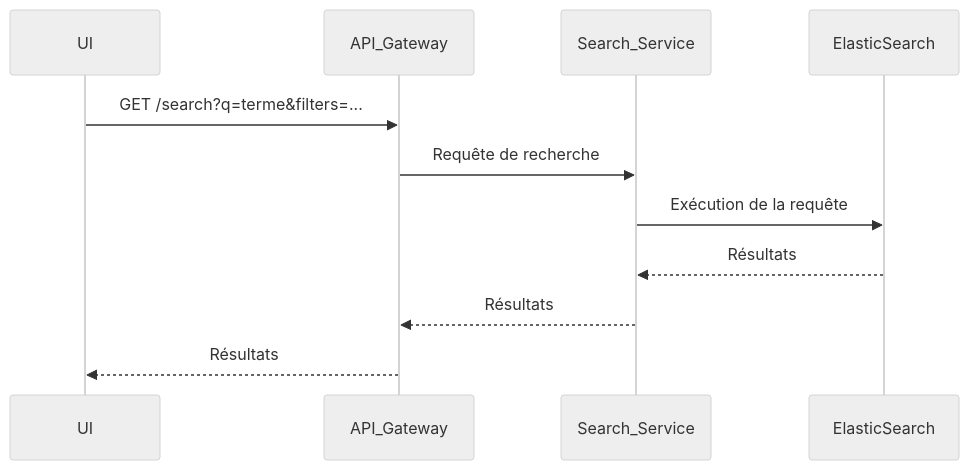
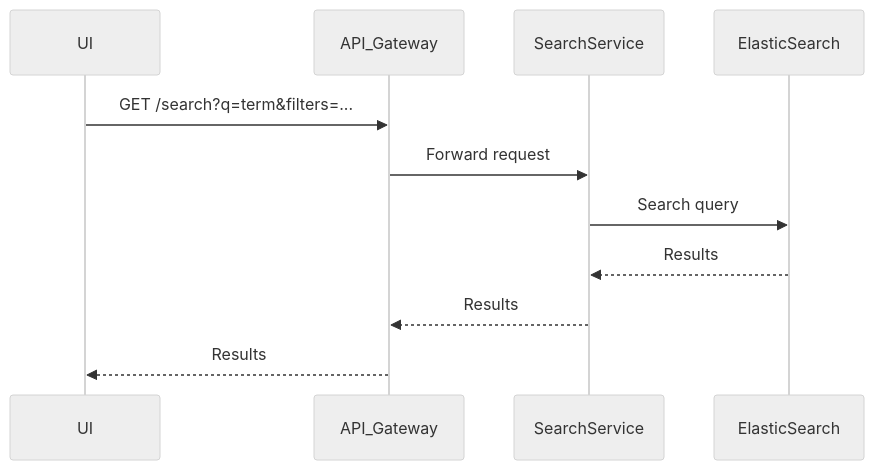
The third of 3 diagrams in vue-technique/05-recherche.adoc (Razano26/Beep-TAD.AM), drawn with Mermaid (neutral theme) before and after one commit. The commit also changed other lines of this file and 5 other files, not shown here.

Commit message:
feat: Update technical documentation for Beep application, enhancing sections on architecture, observability, security, search integration, UI integration, and production management for improved clarity and detail

```diff
--- a/vue-technique/05-recherche.adoc
+++ b/vue-technique/05-recherche.adoc
@@ -88,15 +86,15 @@
 [mermaid]
 ----
 sequenceDiagram
     participant UI
     participant API_Gateway
-    participant Search_Service
+    participant SearchService
     participant ElasticSearch
 
-    UI->>API_Gateway: GET /search?q=terme&filters=...
-    API_Gateway->>Search_Service: Requête de recherche
-    Search_Service->>ElasticSearch: Exécution de la requête
-    ElasticSearch-->>Search_Service: Résultats
-    Search_Service-->>API_Gateway: Résultats
-    API_Gateway-->>UI: Résultats
+    UI->>API_Gateway: GET /search?q=term&filters=...
+    API_Gateway->>SearchService: Forward request
+    SearchService->>ElasticSearch: Search query
+    ElasticSearch-->>SearchService: Results
+    SearchService-->>API_Gateway: Results
+    API_Gateway-->>UI: Results
 ----
```
